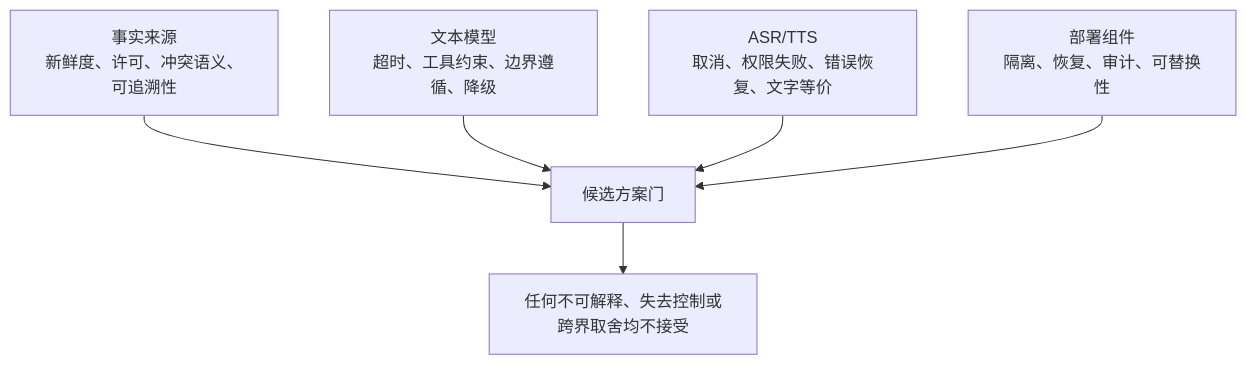
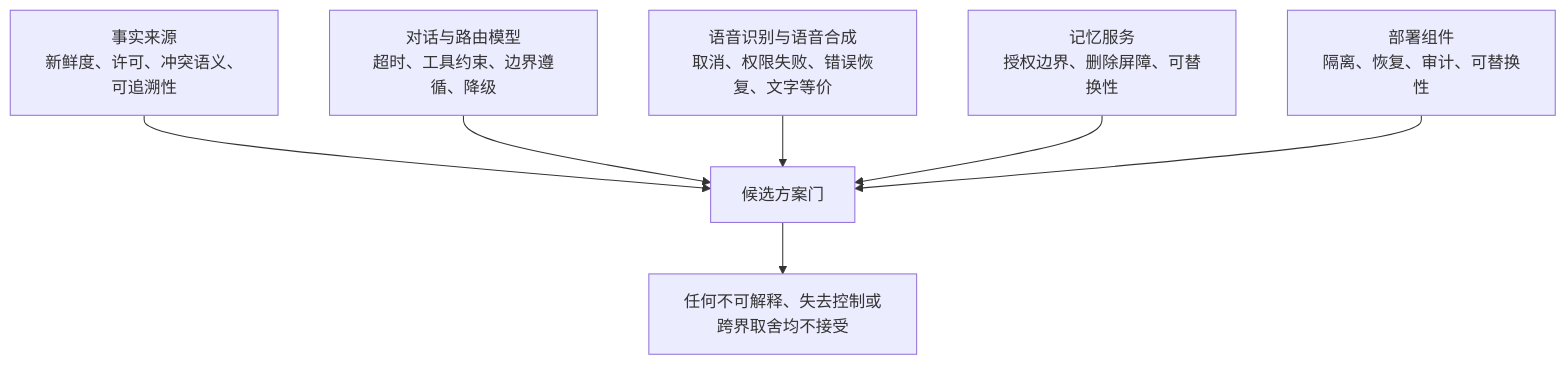
Diagram 12 of 16 in docs/球球全套资料/4.产品设计/44-关键技术POC与方案选型.md (weiz98417-crypto/qiuqiu), drawn with Mermaid before and after one commit. The commit also changed other lines of this file and 49 other files, not shown here.

````diff
--- a/docs/球球全套资料/4.产品设计/44-关键技术POC与方案选型.md
+++ b/docs/球球全套资料/4.产品设计/44-关键技术POC与方案选型.md
@@ -175,8 +178,9 @@
 ```mermaid
 flowchart TB
     Source[事实来源<br/>新鲜度、许可、冲突语义、可追溯性] --> Gate[候选方案门]
-    Model[文本模型<br/>超时、工具约束、边界遵循、降级] --> Gate
-    Voice[ASR/TTS<br/>取消、权限失败、错误恢复、文字等价] --> Gate
+    Model[对话与路由模型<br/>超时、工具约束、边界遵循、降级] --> Gate
+    Voice[语音识别与语音合成<br/>取消、权限失败、错误恢复、文字等价] --> Gate
+    Memory[记忆服务<br/>授权边界、删除屏障、可替换性] --> Gate
     Deploy[部署组件<br/>隔离、恢复、审计、可替换性] --> Gate
     Gate --> Stop[任何不可解释、失去控制或跨界取舍均不接受]
 ```
````
